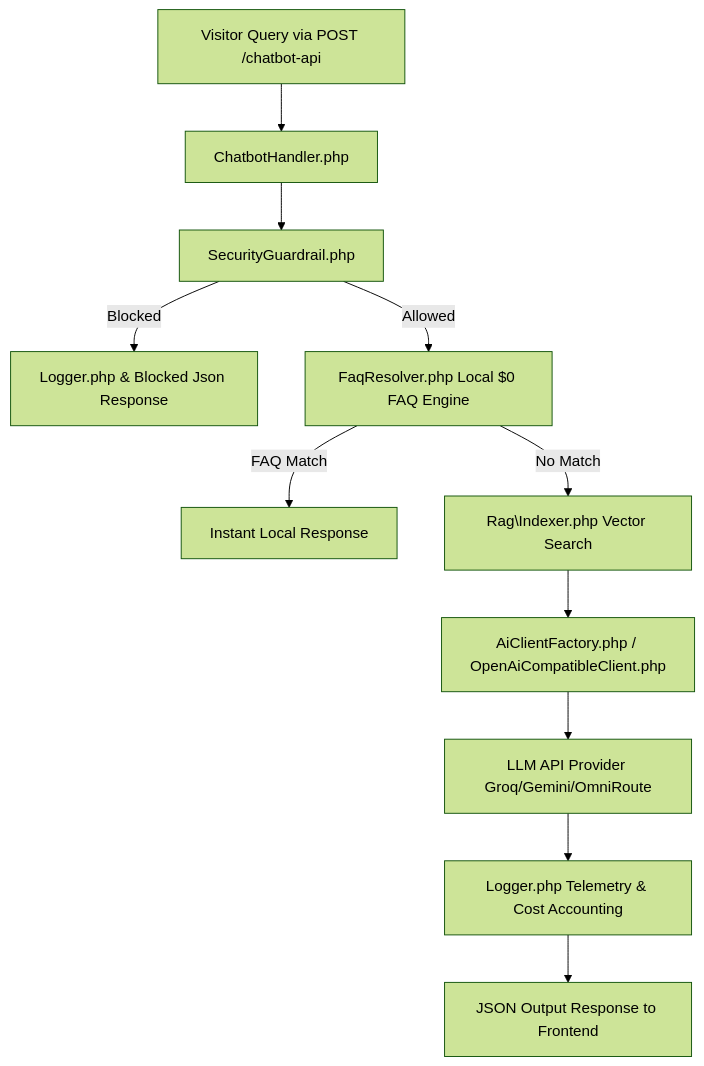
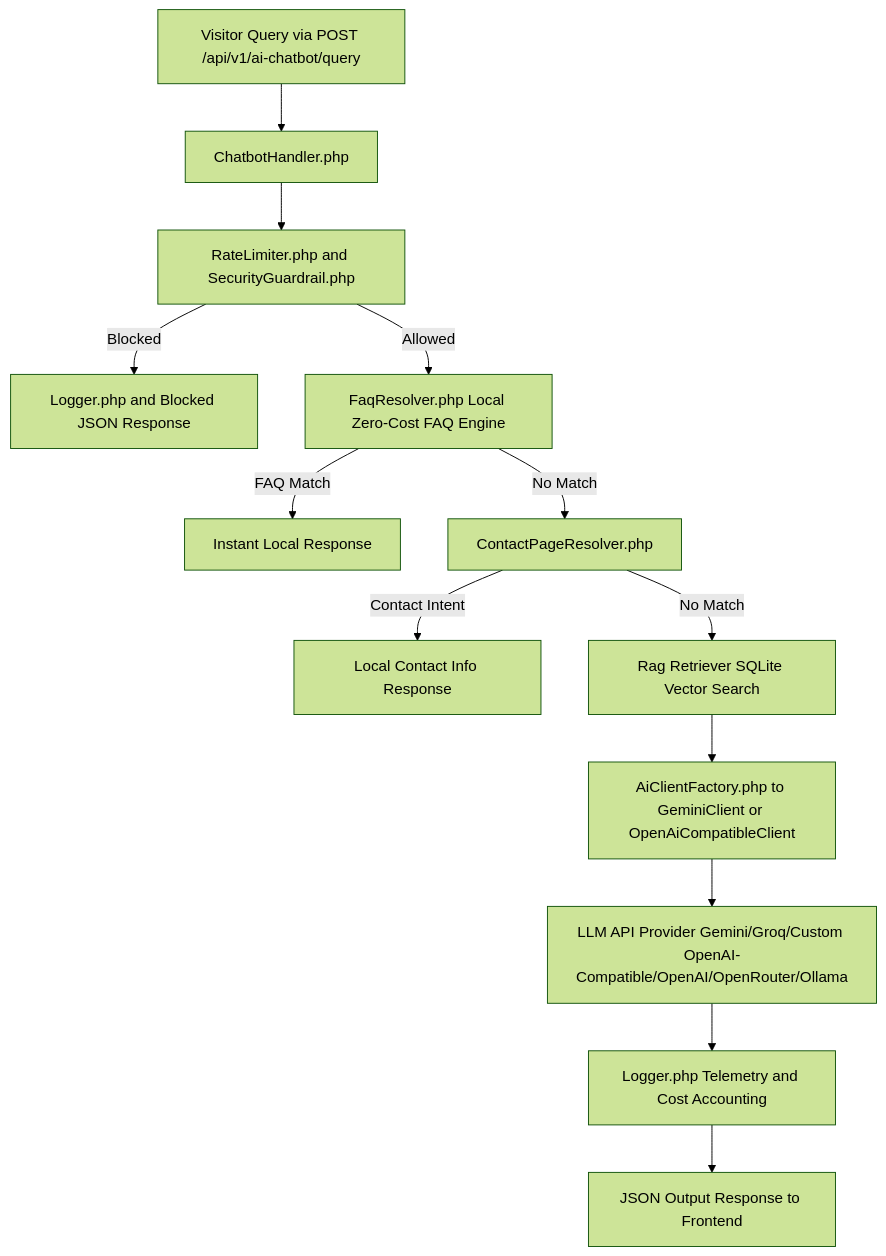
Before and after one commit to milkboyinchina/grav-ai-chatbot: the diagram in DEVELOPER.md, drawn with Mermaid (forest theme). The commit also changed other lines of this file and 27 other files, not shown here.

Commit message:
feat: finalize v2.0.0 REST API, Admin2 fields, RAG tools, and id locale

````diff
--- a/DEVELOPER.md
+++ b/DEVELOPER.md
@@ -9,13 +9,15 @@
 ```mermaid
 graph TD
-    A[Visitor Query via POST /chatbot-api] --> B[ChatbotHandler.php]
-    B --> C[SecurityGuardrail.php]
-    C -->|Blocked| D[Logger.php & Blocked Json Response]
-    C -->|Allowed| E[FaqResolver.php Local $0 FAQ Engine]
+    A[Visitor Query via POST /api/v1/ai-chatbot/query] --> B[ChatbotHandler.php]
+    B --> C[RateLimiter.php and SecurityGuardrail.php]
+    C -->|Blocked| D[Logger.php and Blocked JSON Response]
+    C -->|Allowed| E[FaqResolver.php Local Zero-Cost FAQ Engine]
     E -->|FAQ Match| F[Instant Local Response]
-    E -->|No Match| G[Rag\Indexer.php Vector Search]
-    G --> H[AiClientFactory.php / OpenAiCompatibleClient.php]
-    H --> I[LLM API Provider Groq/Gemini/OmniRoute]
-    I --> J[Logger.php Telemetry & Cost Accounting]
+    E -->|No Match| E2[ContactPageResolver.php]
+    E2 -->|Contact Intent| F2[Local Contact Info Response]
+    E2 -->|No Match| G[Rag Retriever SQLite Vector Search]
+    G --> H[AiClientFactory.php to GeminiClient or OpenAiCompatibleClient]
+    H --> I[LLM API Provider Gemini/Groq/Custom OpenAI-Compatible/OpenAI/OpenRouter/Ollama]
+    I --> J[Logger.php Telemetry and Cost Accounting]
     J --> K[JSON Output Response to Frontend]
 ```
````
